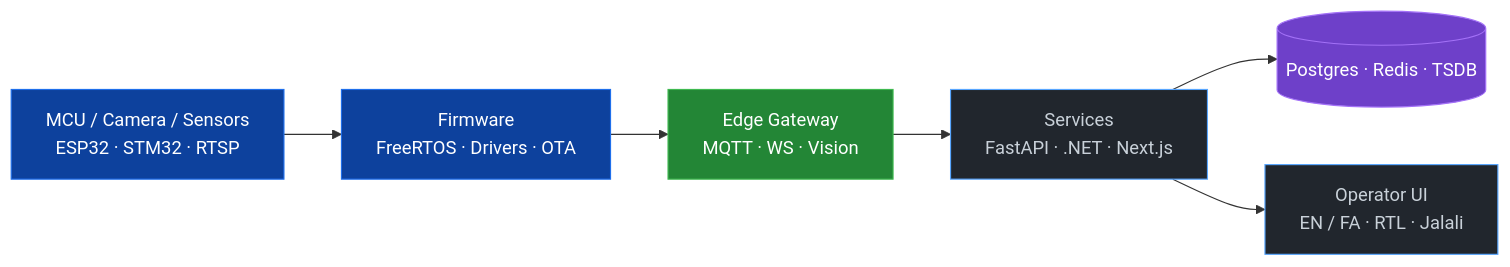
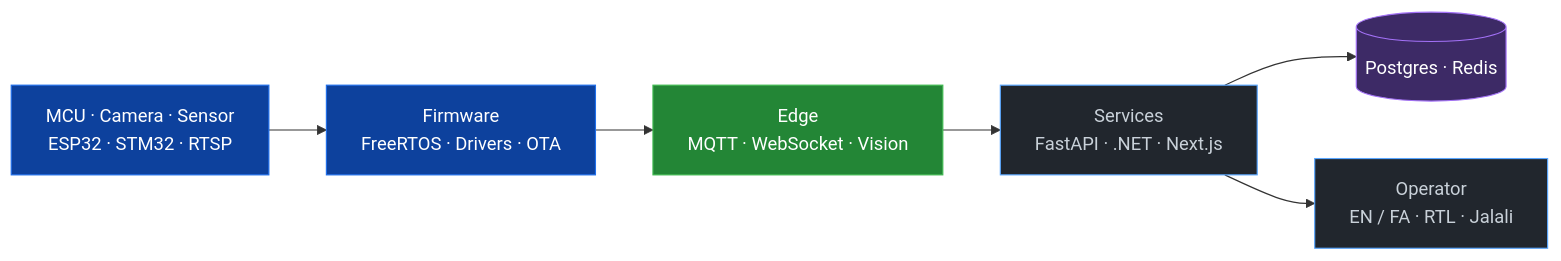
Before and after one commit to omidram/omidram: the diagram in README.md, drawn with Mermaid. The commit also changed other lines of this file and 1 other file, not shown here.

````diff
--- a/README.md
+++ b/README.md
@@ -123,18 +112,18 @@
 ```mermaid
 flowchart LR
   classDef hw fill:#0d419d,stroke:#1f6feb,color:#fff
   classDef edge fill:#238636,stroke:#3fb950,color:#fff
   classDef app fill:#21262d,stroke:#58a6ff,color:#c9d1d9
-  classDef data fill:#6e40c9,stroke:#a371f7,color:#fff
+  classDef data fill:#3d2a66,stroke:#a371f7,color:#fff
 
-  HW["MCU / Camera / Sensors<br/>ESP32 · STM32 · RTSP"]:::hw
+  HW["MCU · Camera · Sensor<br/>ESP32 · STM32 · RTSP"]:::hw
   FW["Firmware<br/>FreeRTOS · Drivers · OTA"]:::hw
-  GW["Edge Gateway<br/>MQTT · WS · Vision"]:::edge
+  GW["Edge<br/>MQTT · WebSocket · Vision"]:::edge
   API["Services<br/>FastAPI · .NET · Next.js"]:::app
-  DB[("Postgres · Redis · TSDB")]:::data
-  UI["Operator UI<br/>EN / FA · RTL · Jalali"]:::app
+  DB[("Postgres · Redis")]:::data
+  UI["Operator<br/>EN / FA · RTL · Jalali"]:::app
 
   HW --> FW --> GW --> API
   API --> DB
   API --> UI
 ```
````
